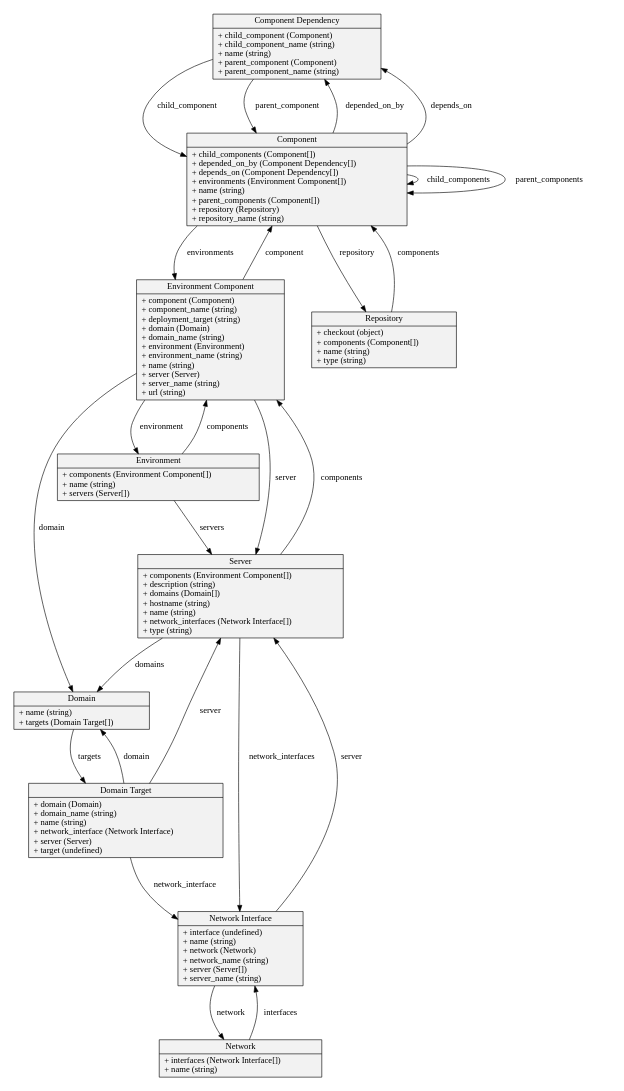
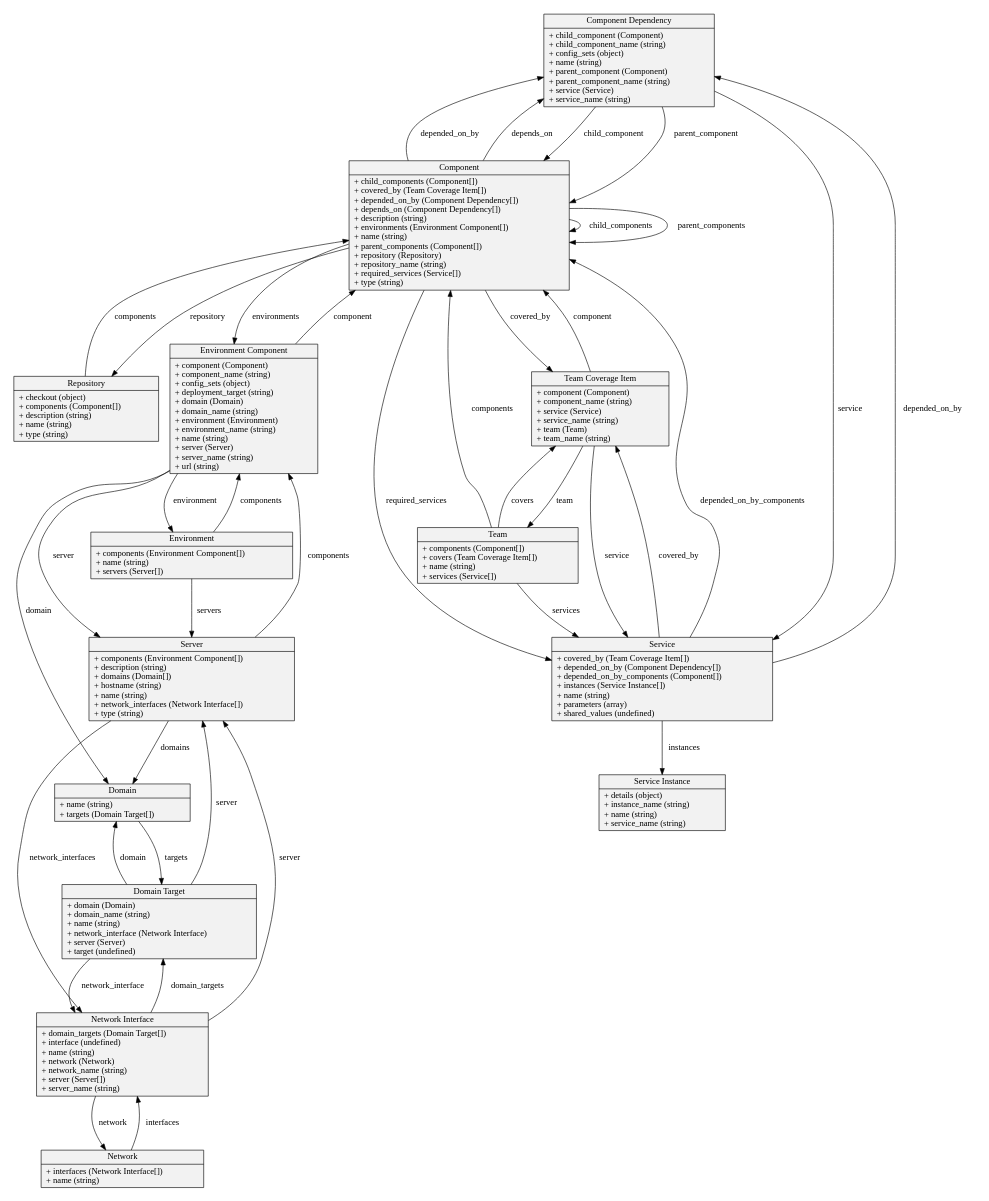
The diagram in examples/software/diagrams/model.dot (jmather/json-schema-orm), drawn with Graphviz before and after one commit. The commit also changed 98 other files, not shown here.

```diff
--- a/examples/software/diagrams/model.dot
+++ b/examples/software/diagrams/model.dot
@@ -1,45 +1,63 @@
  digraph {
 node[shape=record,style=filled,fillcolor=gray95]
 pad=0.2;
 ranksep=1
 edge[arrowtail=empty]
 
 
 
-component_dependency[label = "{Component Dependency| + child_component (Component) \l + child_component_name (string) \l + name (string) \l + parent_component (Component) \l + parent_component_name (string)\l}"]
-component[label = "{Component| + child_components (Component[]) \l + depended_on_by (Component Dependency[]) \l + depends_on (Component Dependency[]) \l + environments (Environment Component[]) \l + name (string) \l + parent_components (Component[]) \l + repository (Repository) \l + repository_name (string)\l}"]
+component_dependency[label = "{Component Dependency| + child_component (Component) \l + child_component_name (string) \l + config_sets (object) \l + name (string) \l + parent_component (Component) \l + parent_component_name (string) \l + service (Service) \l + service_name (string)\l}"]
+component[label = "{Component| + child_components (Component[]) \l + covered_by (Team Coverage Item[]) \l + depended_on_by (Component Dependency[]) \l + depends_on (Component Dependency[]) \l + description (string) \l + environments (Environment Component[]) \l + name (string) \l + parent_components (Component[]) \l + repository (Repository) \l + repository_name (string) \l + required_services (Service[]) \l + type (string)\l}"]
 domain_target[label = "{Domain Target| + domain (Domain) \l + domain_name (string) \l + name (string) \l + network_interface (Network Interface) \l + server (Server) \l + target (undefined)\l}"]
 domain[label = "{Domain| + name (string) \l + targets (Domain Target[])\l}"]
-environment_component[label = "{Environment Component| + component (Component) \l + component_name (string) \l + deployment_target (string) \l + domain (Domain) \l + domain_name (string) \l + environment (Environment) \l + environment_name (string) \l + name (string) \l + server (Server) \l + server_name (string) \l + url (string)\l}"]
+environment_component[label = "{Environment Component| + component (Component) \l + component_name (string) \l + config_sets (object) \l + deployment_target (string) \l + domain (Domain) \l + domain_name (string) \l + environment (Environment) \l + environment_name (string) \l + name (string) \l + server (Server) \l + server_name (string) \l + url (string)\l}"]
 environment[label = "{Environment| + components (Environment Component[]) \l + name (string) \l + servers (Server[])\l}"]
-network_interface[label = "{Network Interface| + interface (undefined) \l + name (string) \l + network (Network) \l + network_name (string) \l + server (Server[]) \l + server_name (string)\l}"]
+network_interface[label = "{Network Interface| + domain_targets (Domain Target[]) \l + interface (undefined) \l + name (string) \l + network (Network) \l + network_name (string) \l + server (Server[]) \l + server_name (string)\l}"]
 network[label = "{Network| + interfaces (Network Interface[]) \l + name (string)\l}"]
-repository[label = "{Repository| + checkout (object) \l + components (Component[]) \l + name (string) \l + type (string)\l}"]
+repository[label = "{Repository| + checkout (object) \l + components (Component[]) \l + description (string) \l + name (string) \l + type (string)\l}"]
 server[label = "{Server| + components (Environment Component[]) \l + description (string) \l + domains (Domain[]) \l + hostname (string) \l + name (string) \l + network_interfaces (Network Interface[]) \l + type (string)\l}"]
+service_instance[label = "{Service Instance| + details (object) \l + instance_name (string) \l + name (string) \l + service_name (string)\l}"]
+service[label = "{Service| + covered_by (Team Coverage Item[]) \l + depended_on_by (Component Dependency[]) \l + depended_on_by_components (Component[]) \l + instances (Service Instance[]) \l + name (string) \l + parameters (array) \l + shared_values (undefined)\l}"]
+team_coverage_item[label = "{Team Coverage Item| + component (Component) \l + component_name (string) \l + service (Service) \l + service_name (string) \l + team (Team) \l + team_name (string)\l}"]
+team[label = "{Team| + components (Component[]) \l + covers (Team Coverage Item[]) \l + name (string) \l + services (Service[])\l}"]
 
 component_dependency -> component [label="child_component   "]
 component_dependency -> component [label="parent_component   "]
+component_dependency -> service [label="service   "]
 component -> component [label="child_components   "]
+component -> team_coverage_item [label="covered_by   "]
 component -> component_dependency [label="depended_on_by   "]
 component -> component_dependency [label="depends_on   "]
 component -> environment_component [label="environments   "]
 component -> component [label="parent_components   "]
 component -> repository [label="repository   "]
+component -> service [label="required_services   "]
 domain_target -> domain [label="domain   "]
 domain_target -> network_interface [label="network_interface   "]
 domain_target -> server [label="server   "]
 domain -> domain_target [label="targets   "]
 environment_component -> component [label="component   "]
 environment_component -> domain [label="domain   "]
 environment_component -> environment [label="environment   "]
 environment_component -> server [label="server   "]
 environment -> environment_component [label="components   "]
 environment -> server [label="servers   "]
+network_interface -> domain_target [label="domain_targets   "]
 network_interface -> network [label="network   "]
 network_interface -> server [label="server   "]
 network -> network_interface [label="interfaces   "]
 repository -> component [label="components   "]
 server -> environment_component [label="components   "]
 server -> domain [label="domains   "]
 server -> network_interface [label="network_interfaces   "]
+service -> team_coverage_item [label="covered_by   "]
+service -> component_dependency [label="depended_on_by   "]
+service -> component [label="depended_on_by_components   "]
+service -> service_instance [label="instances   "]
+team_coverage_item -> component [label="component   "]
+team_coverage_item -> service [label="service   "]
+team_coverage_item -> team [label="team   "]
+team -> component [label="components   "]
+team -> team_coverage_item [label="covers   "]
+team -> service [label="services   "]
 }
```
